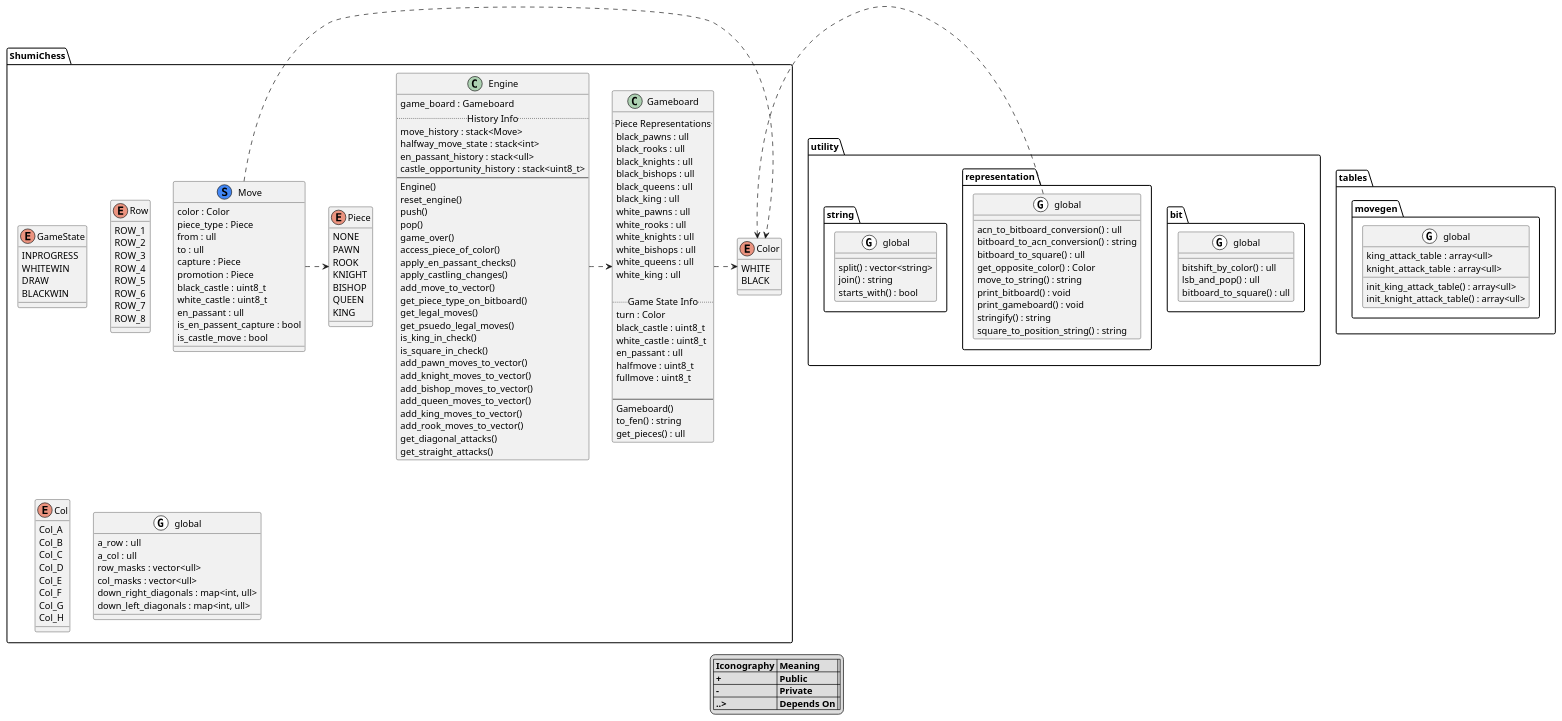
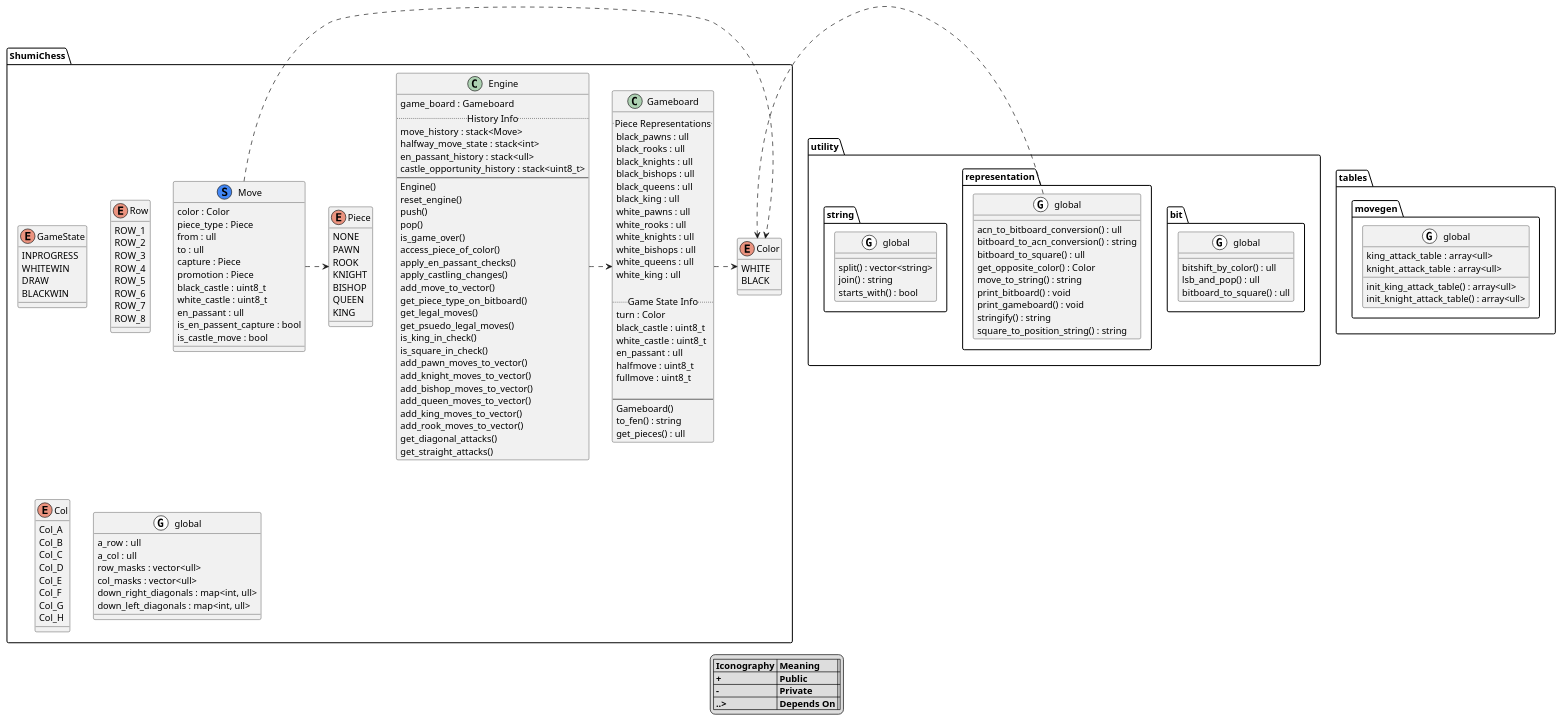
One commit to aduerig/shumi-chess changed the diagram in doc/class_diagram.puml. Above: the diagram before and after it, drawn with PlantUML. The commit also changed 7 other files, not shown here.

```diff
--- a/doc/class_diagram.puml
+++ b/doc/class_diagram.puml
@@ -1,189 +1,189 @@
 @startuml
 legend bottom
   |= Iconography |= Meaning |= |
   |= +           |= Public     |
   |= -           |= Private    |
   |= ..>         |= Depends On |
 end legend
 
 namespace ShumiChess {
     class Engine {
         game_board : Gameboard
         .. History Info ..
         move_history : stack<Move>
         halfway_move_state : stack<int>
         en_passant_history : stack<ull>
         castle_opportunity_history : stack<uint8_t>
         --
         Engine()
         reset_engine()
         push()
         pop()
-        game_over()
+        is_game_over()
         access_piece_of_color()
         apply_en_passant_checks()
         apply_castling_changes()
         add_move_to_vector()
         get_piece_type_on_bitboard()
         get_legal_moves()
         get_psuedo_legal_moves()
         is_king_in_check()
         is_square_in_check()
         add_pawn_moves_to_vector()
         add_knight_moves_to_vector()
         add_bishop_moves_to_vector()
         add_queen_moves_to_vector()
         add_king_moves_to_vector()
         add_rook_moves_to_vector()
         get_diagonal_attacks()
         get_straight_attacks()
     }
 
     class Gameboard {
         .. Piece Representations ..
         black_pawns : ull
         black_rooks : ull
         black_knights : ull
         black_bishops : ull
         black_queens : ull
         black_king : ull
         white_pawns : ull
         white_rooks : ull
         white_knights : ull
         white_bishops : ull
         white_queens : ull
         white_king : ull
 
         .. Game State Info ..
         turn : Color
         black_castle : uint8_t
         white_castle : uint8_t
         en_passant : ull
         halfmove : uint8_t
         fullmove : uint8_t
 
         --
         Gameboard()
         to_fen() : string
         get_pieces() : ull
     }
 
     enum Color {
         WHITE
         BLACK
     }
 
     enum Piece {
         NONE
         PAWN
         ROOK
         KNIGHT
         BISHOP
         QUEEN
         KING
     }
 
     class Move <<(S, #4287f5)>> {
         color : Color
         piece_type : Piece
         from : ull
         to : ull
         capture : Piece
         promotion : Piece
         black_castle : uint8_t
         white_castle : uint8_t
         en_passant : ull
         is_en_passent_capture : bool
         is_castle_move : bool
     }
 
     enum GameState {
         INPROGRESS
         WHITEWIN
         DRAW
         BLACKWIN
     }
 
     enum Row {
         ROW_1
         ROW_2
         ROW_3
         ROW_4
         ROW_5
         ROW_6
         ROW_7
         ROW_8
     }
 
     enum Col {
         Col_A
         Col_B
         Col_C
         Col_D
         Col_E
         Col_F
         Col_G
         Col_H
     }
 
     class global <<(G, #ffffff)>> {
         a_row : ull
         a_col : ull
         row_masks : vector<ull>
         col_masks : vector<ull>
         down_right_diagonals : map<int, ull> 
         down_left_diagonals : map<int, ull> 
     }
 }
 
 namespace tables {
     namespace movegen {
         class global <<(G, #ffffff)>> {
             king_attack_table : array<ull>
             knight_attack_table : array<ull>
 
             init_king_attack_table() : array<ull>
             init_knight_attack_table() : array<ull>
         }
     }
 }
 
 namespace utility {
     namespace bit {
         class global <<(G, #ffffff)>> {
             bitshift_by_color() : ull
             lsb_and_pop() : ull
             bitboard_to_square() : ull
         }
     }
 
     namespace representation {
         class global <<(G, #ffffff)>> {
             acn_to_bitboard_conversion() : ull
             bitboard_to_acn_conversion() : string
             bitboard_to_square() : ull
             get_opposite_color() : Color
             move_to_string() : string
             print_bitboard() : void 
             print_gameboard() : void
             stringify() : string
             square_to_position_string() : string
         }
     }
 
     namespace string {
         class global <<(G, #ffffff)>> {
             split() : vector<string>
             join() : string
             starts_with() : bool
         }
     }
 }
 
 ShumiChess.Engine .> ShumiChess.Gameboard
 ShumiChess.Gameboard .> ShumiChess.Color
 ShumiChess.Move .> ShumiChess.Color
 ShumiChess.Move .> ShumiChess.Piece
 utility.representation.global .> ShumiChess.Color
 
 @enduml
```
